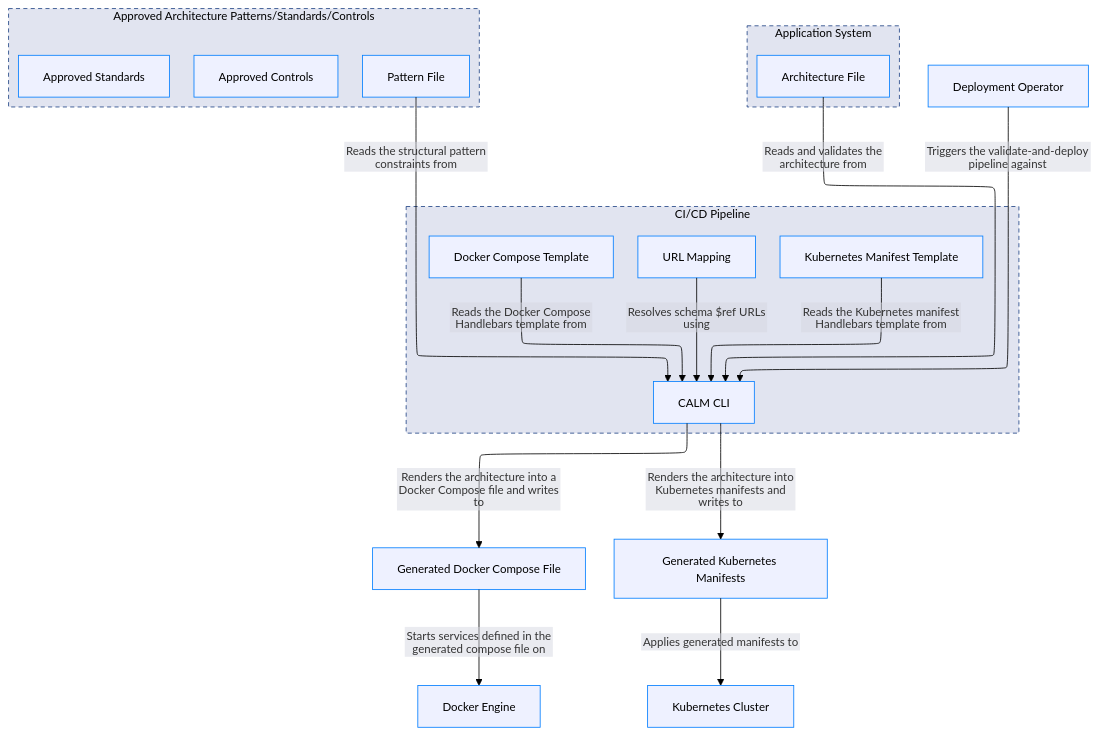
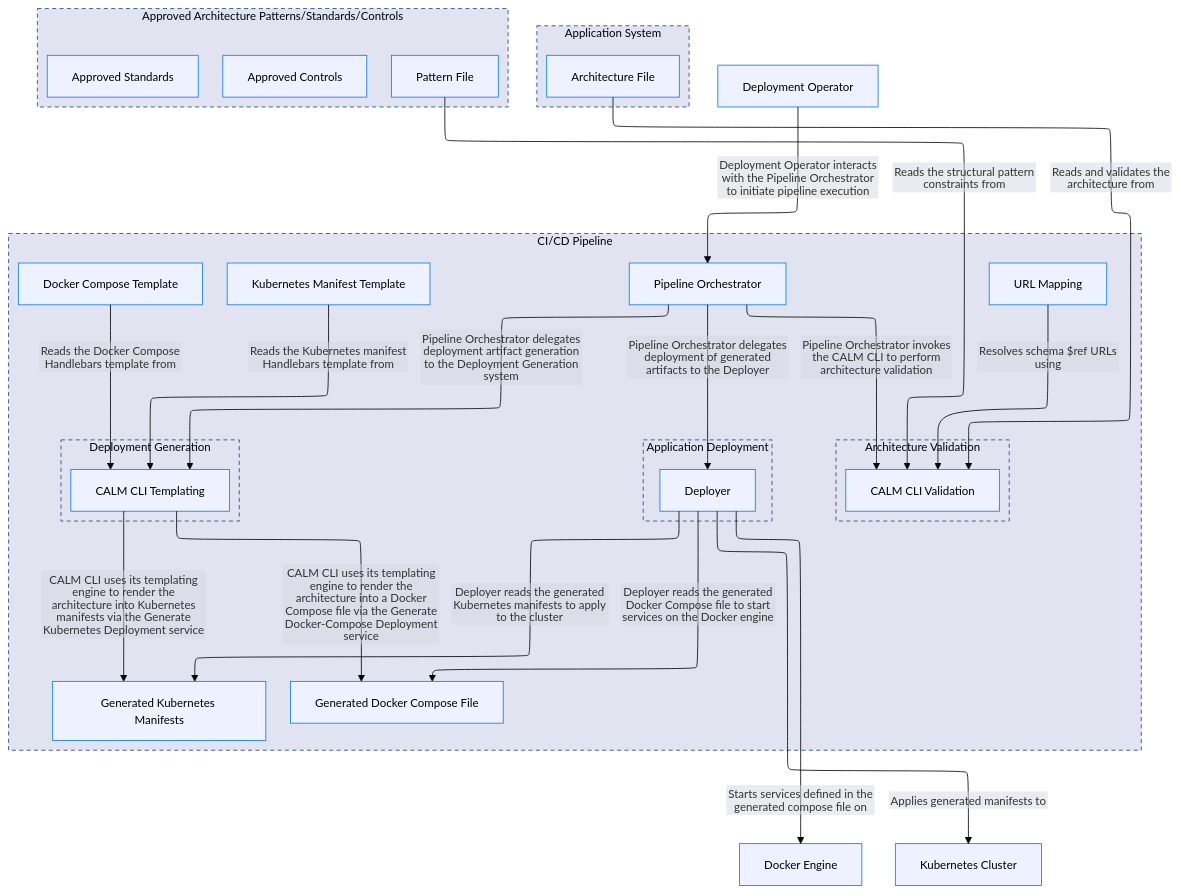
Before and after one commit to jimthompson5802/my-fullstack-app: the diagram in docs/calm/ci-cd-pipeline-architecture.md, drawn with Mermaid. The commit also changed other lines of this file and 1 other file, not shown here.

Commit message:
Enhance architecture documentation with additional node descriptions and formatting

````diff
--- a/docs/calm/ci-cd-pipeline-architecture.md
+++ b/docs/calm/ci-cd-pipeline-architecture.md
@@ -4,59 +6,79 @@
 ```mermaid
 ---
 config:
   theme: base
   themeVariables:
     fontFamily: -apple-system, BlinkMacSystemFont, 'Segoe WPC', 'Segoe UI', system-ui, 'Ubuntu', sans-serif
     darkMode: false
     fontSize: 14px
     edgeLabelBackground: '#d5d7e1'
     lineColor: '#000000'
 ---
 %%{init: {"layout": "elk", "flowchart": {"htmlLabels": false}}}%%
 flowchart TB
 classDef boundary fill:#e1e4f0,stroke:#204485,stroke-dasharray: 5 4,stroke-width:1px,color:#000000;
 classDef node fill:#eef1ff,stroke:#007dff,stroke-width:1px,color:#000000;
 classDef iface fill:#f0f0f0,stroke:#b6b6b6,stroke-width:1px,font-size:10px,color:#000000;
 classDef highlight fill:#fdf7ec,stroke:#f0c060,stroke-width:1px,color:#000000;
 
         subgraph application-system["Application System"]
         direction TB
             architecture-file["Architecture File"]:::node
         end
         class application-system boundary
         subgraph approved-architecture-patterns-standards-controls["Approved Architecture Patterns/Standards/Controls"]
         direction TB
             approved-controls["Approved Controls"]:::node
             approved-standards["Approved Standards"]:::node
             pattern-file["Pattern File"]:::node
         end
         class approved-architecture-patterns-standards-controls boundary
         subgraph ci-cd-pipeline["CI/CD Pipeline"]
         direction TB
-            calm-cli["CALM CLI"]:::node
             dc-template["Docker Compose Template"]:::node
+            dc-compose-output["Generated Docker Compose File"]:::node
+            k8s-manifest-output["Generated Kubernetes Manifests"]:::node
             k8s-template["Kubernetes Manifest Template"]:::node
+            pipeline-orchestrator["Pipeline Orchestrator"]:::node
             url-mapping["URL Mapping"]:::node
+                subgraph application-deployment["Application Deployment"]
+                direction TB
+                    deployer["Deployer"]:::node
+                end
+                class application-deployment boundary
+                subgraph architecture-validation["Architecture Validation"]
+                direction TB
+                    calm-cli-validation["CALM CLI Validation"]:::node
+                end
+                class architecture-validation boundary
+                subgraph deployment-generation["Deployment Generation"]
+                direction TB
+                    calm-cli-templating["CALM CLI Templating"]:::node
+                end
+                class deployment-generation boundary
         end
         class ci-cd-pipeline boundary
 
     deployment-operator["Deployment Operator"]:::node
     docker-engine["Docker Engine"]:::node
-    dc-compose-output["Generated Docker Compose File"]:::node
-    k8s-manifest-output["Generated Kubernetes Manifests"]:::node
     kubernetes-cluster["Kubernetes Cluster"]:::node
 
-    deployment-operator -->|Triggers the validate-and-deploy pipeline against| calm-cli
-    architecture-file -->|Reads and validates the architecture from| calm-cli
-    pattern-file -->|Reads the structural pattern constraints from| calm-cli
-    url-mapping -->|Resolves schema $ref URLs using| calm-cli
-    k8s-template -->|Reads the Kubernetes manifest Handlebars template from| calm-cli
-    dc-template -->|Reads the Docker Compose Handlebars template from| calm-cli
-    calm-cli -->|Renders the architecture into Kubernetes manifests and writes to| k8s-manifest-output
-    calm-cli -->|Renders the architecture into a Docker Compose file and writes to| dc-compose-output
-    k8s-manifest-output -->|Applies generated manifests to| kubernetes-cluster
-    dc-compose-output -->|Starts services defined in the generated compose file on| docker-engine
+    deployment-operator -->|Deployment Operator interacts with the Pipeline Orchestrator to initiate pipeline execution| pipeline-orchestrator
+    pipeline-orchestrator -->|Pipeline Orchestrator delegates deployment of generated artifacts to the Deployer| deployer
+    pipeline-orchestrator -->|Pipeline Orchestrator delegates deployment artifact generation to the Deployment Generation system| calm-cli-templating
+    pipeline-orchestrator -->|Pipeline Orchestrator invokes the CALM CLI to perform architecture validation| calm-cli-validation
+    calm-cli-templating -->|CALM CLI uses its templating engine to render the architecture into Kubernetes manifests via the Generate Kubernetes Deployment service| k8s-manifest-output
+    calm-cli-templating -->|CALM CLI uses its templating engine to render the architecture into a Docker Compose file via the Generate Docker-Compose Deployment service| dc-compose-output
+    architecture-file -->|Reads and validates the architecture from| calm-cli-validation
+    pattern-file -->|Reads the structural pattern constraints from| calm-cli-validation
+    url-mapping -->|Resolves schema $ref URLs using| calm-cli-validation
+    k8s-template -->|Reads the Kubernetes manifest Handlebars template from| calm-cli-templating
+    dc-template -->|Reads the Docker Compose Handlebars template from| calm-cli-templating
+    deployer -->|Deployer reads the generated Kubernetes manifests to apply to the cluster| k8s-manifest-output
+    deployer -->|Deployer reads the generated Docker Compose file to start services on the Docker engine| dc-compose-output
+    deployer -->|Applies generated manifests to| kubernetes-cluster
+    deployer -->|Starts services defined in the generated compose file on| docker-engine
 
 
 
 ```
````
